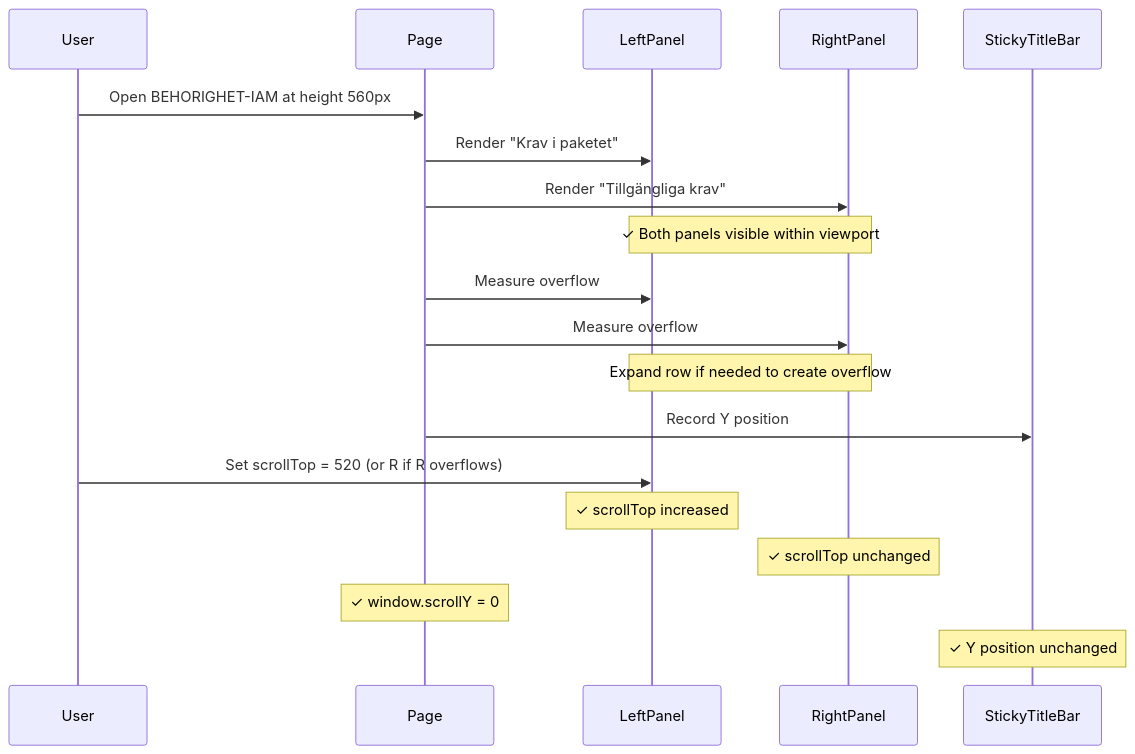
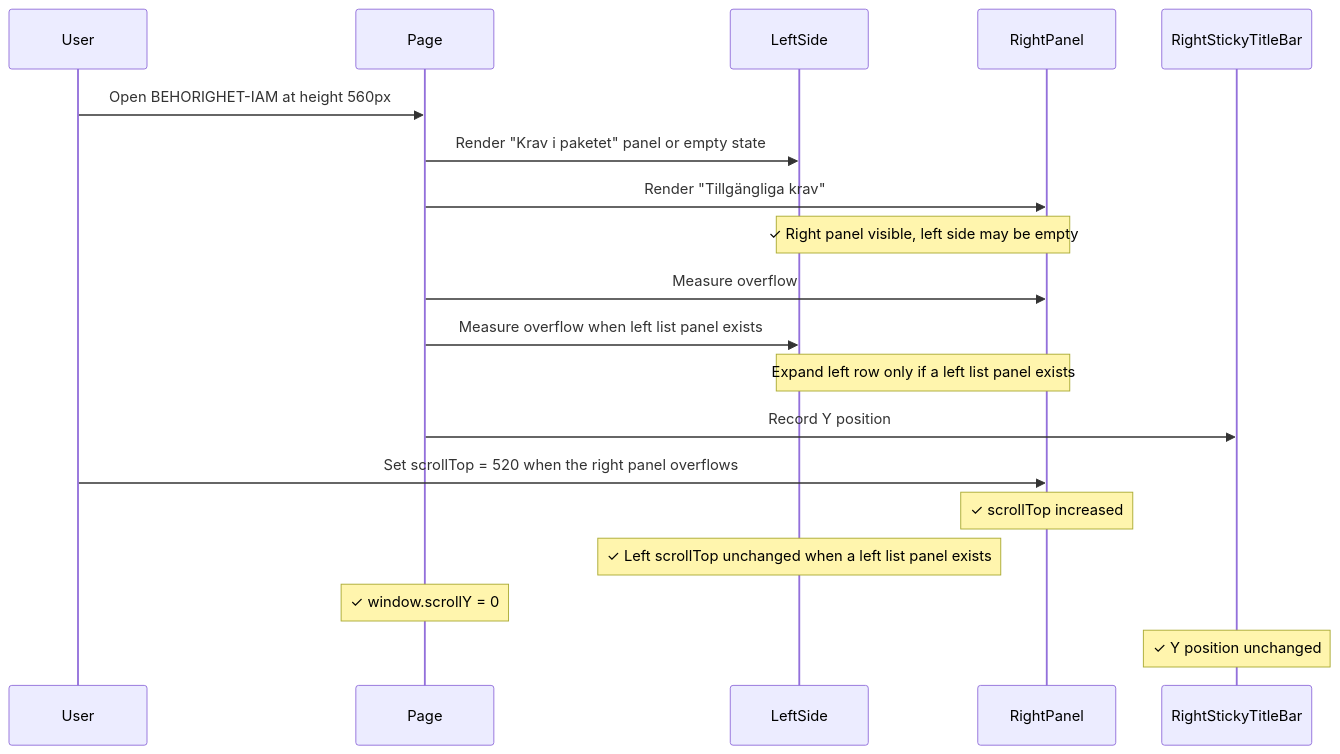
One commit to viscalyx/Kravhantering changed the third of 4 diagrams in tests/integration/requirement-package-detail.md. Above: the diagram before and after it, drawn with Mermaid. The commit also changed other lines of this file and 3 other files, not shown here.

Commit message:
feat: enhance requirement package detail tests with visibility checks for left panel and sticky elements

````diff
--- a/tests/integration/requirement-package-detail.md
+++ b/tests/integration/requirement-package-detail.md
@@ -121,22 +125,22 @@
 ```mermaid
 sequenceDiagram
     participant U as User
     participant P as Page
-    participant L as LeftPanel
+    participant L as LeftSide
     participant R as RightPanel
-    participant Bar as StickyTitleBar
+    participant Bar as RightStickyTitleBar
 
     U->>P: Open BEHORIGHET-IAM at height 560px
-    P->>L: Render "Krav i paketet"
+    P->>L: Render "Krav i paketet" panel or empty state
     P->>R: Render "Tillgängliga krav"
-    Note over L,R: ✓ Both panels visible within viewport
-    P->>L: Measure overflow
+    Note over L,R: ✓ Right panel visible, left side may be empty
     P->>R: Measure overflow
-    Note over L,R: Expand row if needed to create overflow
+    P->>L: Measure overflow when left list panel exists
+    Note over L,R: Expand left row only if a left list panel exists
     P->>Bar: Record Y position
-    U->>L: Set scrollTop = 520 (or R if R overflows)
-    Note over L: ✓ scrollTop increased
-    Note over R: ✓ scrollTop unchanged
+    U->>R: Set scrollTop = 520 when the right panel overflows
+    Note over R: ✓ scrollTop increased
+    Note over L: ✓ Left scrollTop unchanged when a left list panel exists
     Note over P: ✓ window.scrollY = 0
     Note over Bar: ✓ Y position unchanged
 ```
````
